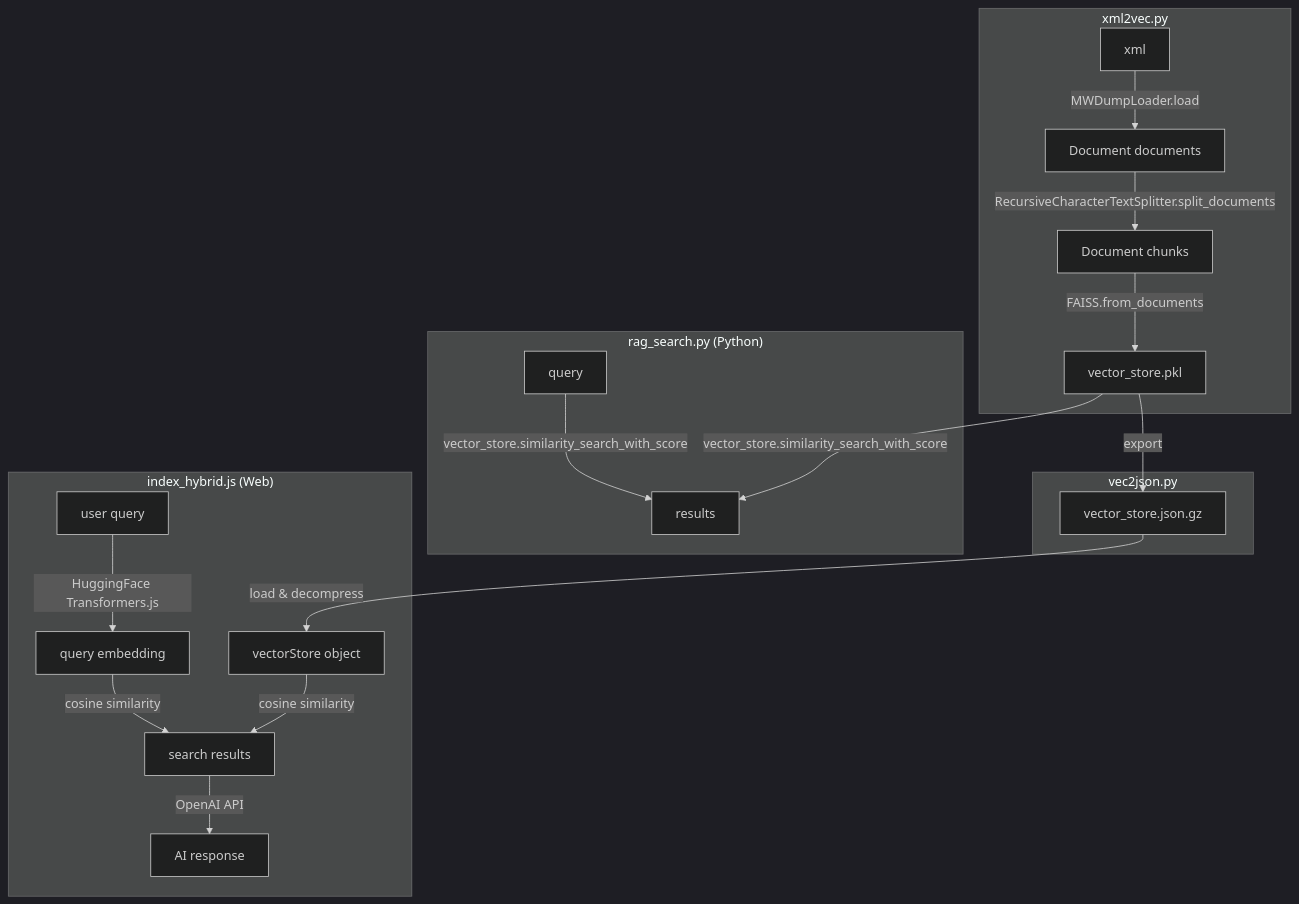
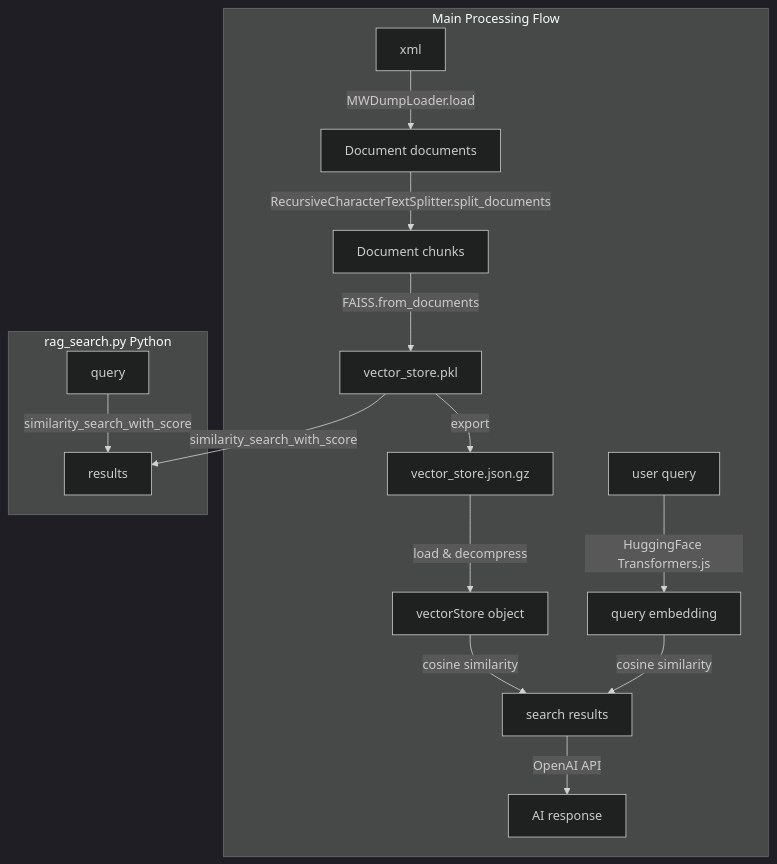
The diagram in tools/rag/README.md (koteitan/googolbook-lm), drawn with Mermaid (dark theme) before and after one commit. The commit also changed 2 other files, not shown here.

Commit message:
Rename index_hybrid.js to index.js and update references
- Rename index_hybrid.js to index.js as it's now the only JavaScript implementation
- Update index.html to reference the renamed file
- Update mermaid diagram in tools/rag/README.md to show cleaner 2-column layout
- Fix mermaid syntax errors by simplifying labels and removing complex connections

🤖 Generated with [Claude Code](https://claude.ai/code)

````diff
--- a/tools/rag/README.md
+++ b/tools/rag/README.md
@@ -9,25 +9,19 @@
 ```mermaid
 graph TD
-    subgraph xml2vec["xml2vec.py"]
+    subgraph main_flow["Main Processing Flow"]
         A[xml] -->|MWDumpLoader.load| B[Document documents]
         B -->|RecursiveCharacterTextSplitter.split_documents| C[Document chunks]
         C -->|FAISS.from_documents| D[vector_store.pkl]
-    end
-    
-    subgraph vec2json["vec2json.py"]
         D -->|export| G[vector_store.json.gz]
-    end
-    
-    subgraph rag_search["rag_search.py (Python)"]
-        E[query] -->|vector_store.similarity_search_with_score| F[results]
-        D -->|vector_store.similarity_search_with_score| F
-    end
-    
-    subgraph web_interface["index_hybrid.js (Web)"]
         G -->|load & decompress| H[vectorStore object]
         I[user query] -->|HuggingFace Transformers.js| J[query embedding]
         H -->|cosine similarity| K[search results]
         J -->|cosine similarity| K
         K -->|OpenAI API| L[AI response]
     end
+    
+    subgraph python_search["rag_search.py Python"]
+        E[query] -->|similarity_search_with_score| F[results]
+        D -->|similarity_search_with_score| F
+    end
 ```
````
